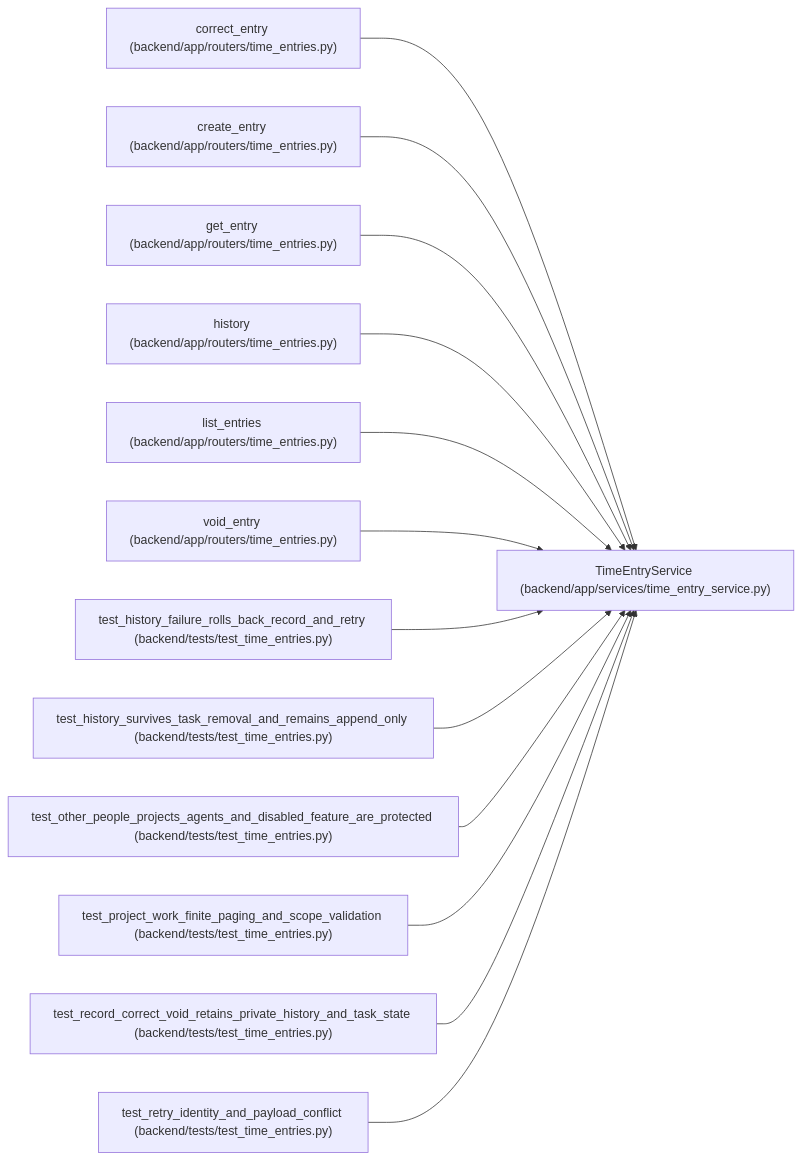
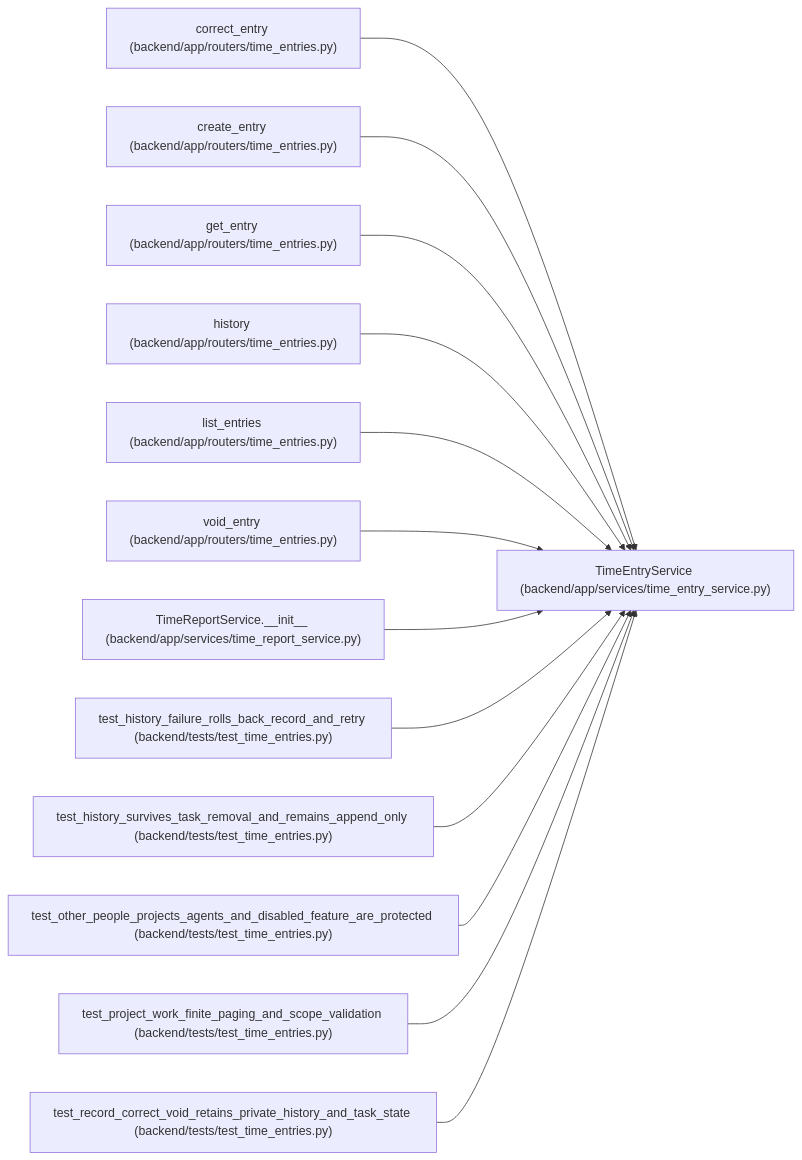
One commit to Denissvgn/WorkChord changed the diagram in docs/llm_wiki/entities/TimeEntryService.md. Above: the diagram before and after it, drawn with Mermaid. The commit also changed other lines of this file and 435 other files, not shown here.

Commit message:
docs(wiki): explain scoped time reports and protected entry workflows

````diff
--- a/docs/llm_wiki/entities/TimeEntryService.md
+++ b/docs/llm_wiki/entities/TimeEntryService.md
@@ -38,41 +38,41 @@
 ```mermaid
 flowchart LR
     n0["TimeEntryService (backend/app/services/time_entry_service.py)"]
     n1["correct_entry (backend/app/routers/time_entries.py)"]
     n2["create_entry (backend/app/routers/time_entries.py)"]
     n3["get_entry (backend/app/routers/time_entries.py)"]
     n4["history (backend/app/routers/time_entries.py)"]
     n5["list_entries (backend/app/routers/time_entries.py)"]
     n6["void_entry (backend/app/routers/time_entries.py)"]
-    n7["test_history_failure_rolls_back_record_and_retry (backend/tests/test_time_entries.py)"]
-    n8["test_history_survives_task_removal_and_remains_append_only (backend/tests/test_time_entries.py)"]
-    n9["test_other_people_projects_agents_and_disabled_feature_are_protected (backend/tests/test_time_entries.py)"]
-    n10["test_project_work_finite_paging_and_scope_validation (backend/tests/test_time_entries.py)"]
-    n11["test_record_correct_void_retains_private_history_and_task_state (backend/tests/test_time_entries.py)"]
-    n12["test_retry_identity_and_payload_conflict (backend/tests/test_time_entries.py)"]
+    n7["TimeReportService.__init__ (backend/app/services/time_report_service.py)"]
+    n8["test_history_failure_rolls_back_record_and_retry (backend/tests/test_time_entries.py)"]
+    n9["test_history_survives_task_removal_and_remains_append_only (backend/tests/test_time_entries.py)"]
+    n10["test_other_people_projects_agents_and_disabled_feature_are_protected (backend/tests/test_time_entries.py)"]
+    n11["test_project_work_finite_paging_and_scope_validation (backend/tests/test_time_entries.py)"]
+    n12["test_record_correct_void_retains_private_history_and_task_state (backend/tests/test_time_entries.py)"]
     n1 --> n0
     n2 --> n0
     n3 --> n0
     n4 --> n0
     n5 --> n0
     n6 --> n0
     n7 --> n0
     n8 --> n0
     n9 --> n0
     n10 --> n0
     n11 --> n0
     n12 --> n0
     click n0 "../modules/time_entry_service.md"
     click n1 "../modules/time_entries.md"
     click n2 "../modules/time_entries.md"
     click n3 "../modules/time_entries.md"
     click n4 "../modules/time_entries.md"
     click n5 "../modules/time_entries.md"
     click n6 "../modules/time_entries.md"
-    click n7 "../modules/test_time_entries.md"
+    click n7 "../modules/time_report_service.md"
     click n8 "../modules/test_time_entries.md"
     click n9 "../modules/test_time_entries.md"
     click n10 "../modules/test_time_entries.md"
     click n11 "../modules/test_time_entries.md"
     click n12 "../modules/test_time_entries.md"
 ```
````
